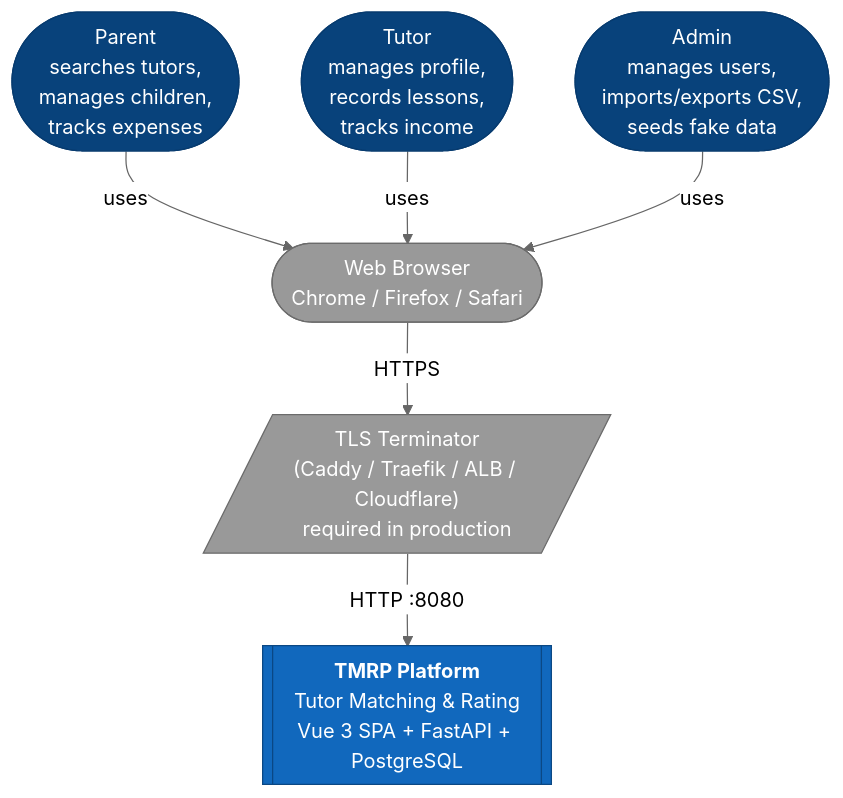
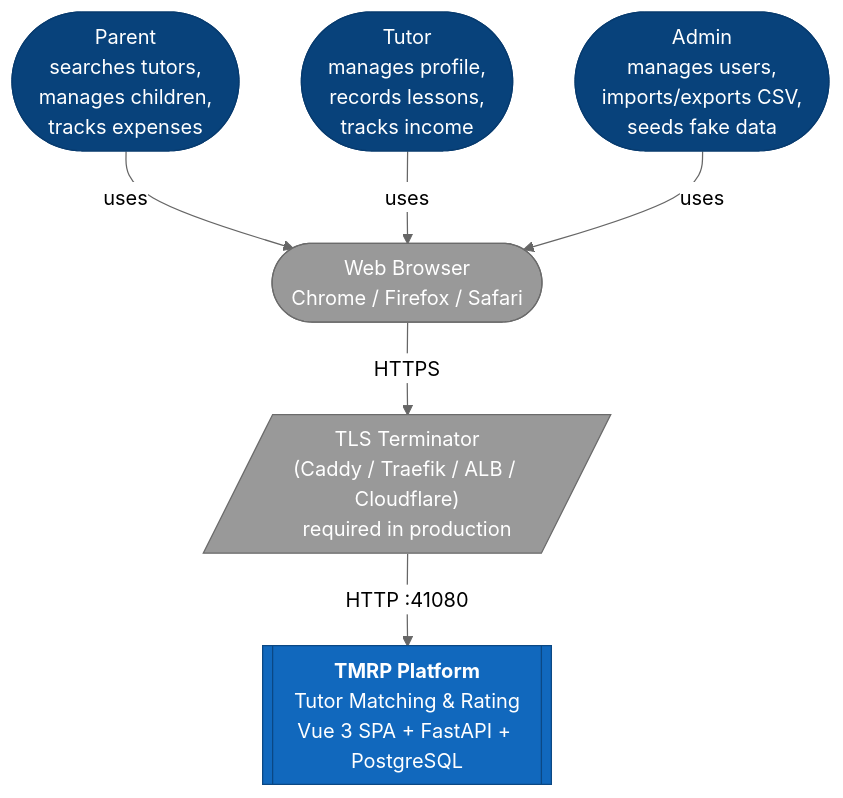
The first of 10 diagrams in docs/architecture.md (TMRP-NTNU-2026-SQL-Group-3/TMRP-Tutor-Matching-and-Rating-Platform-), drawn with Mermaid (neutral theme) before and after one commit. The commit also changed other lines of this file and 31 other files, not shown here.

````diff
--- a/docs/architecture.md
+++ b/docs/architecture.md
@@ -48,25 +52,25 @@
 ```mermaid
 graph TB
     classDef person fill:#08427b,stroke:#073B6F,color:#fff
     classDef system fill:#1168bd,stroke:#0B4884,color:#fff
     classDef external fill:#999,stroke:#6b6b6b,color:#fff
 
     Parent([Parent<br/>searches tutors,<br/>manages children,<br/>tracks expenses])
     Tutor([Tutor<br/>manages profile,<br/>records lessons,<br/>tracks income])
     Admin([Admin<br/>manages users,<br/>imports/exports CSV,<br/>seeds fake data])
 
     TMRP[["<b>TMRP Platform</b><br/>Tutor Matching &amp; Rating<br/>Vue 3 SPA + FastAPI + PostgreSQL"]]
 
     TLS[/"TLS Terminator<br/>(Caddy / Traefik / ALB / Cloudflare)<br/>required in production"/]
     Browser([Web Browser<br/>Chrome / Firefox / Safari])
 
     Parent -->|uses| Browser
     Tutor  -->|uses| Browser
     Admin  -->|uses| Browser
     Browser -->|HTTPS| TLS
-    TLS -->|HTTP :8080| TMRP
+    TLS -->|HTTP :41080| TMRP
 
     class Parent,Tutor,Admin person
     class TMRP system
     class TLS,Browser external
 ```
````
